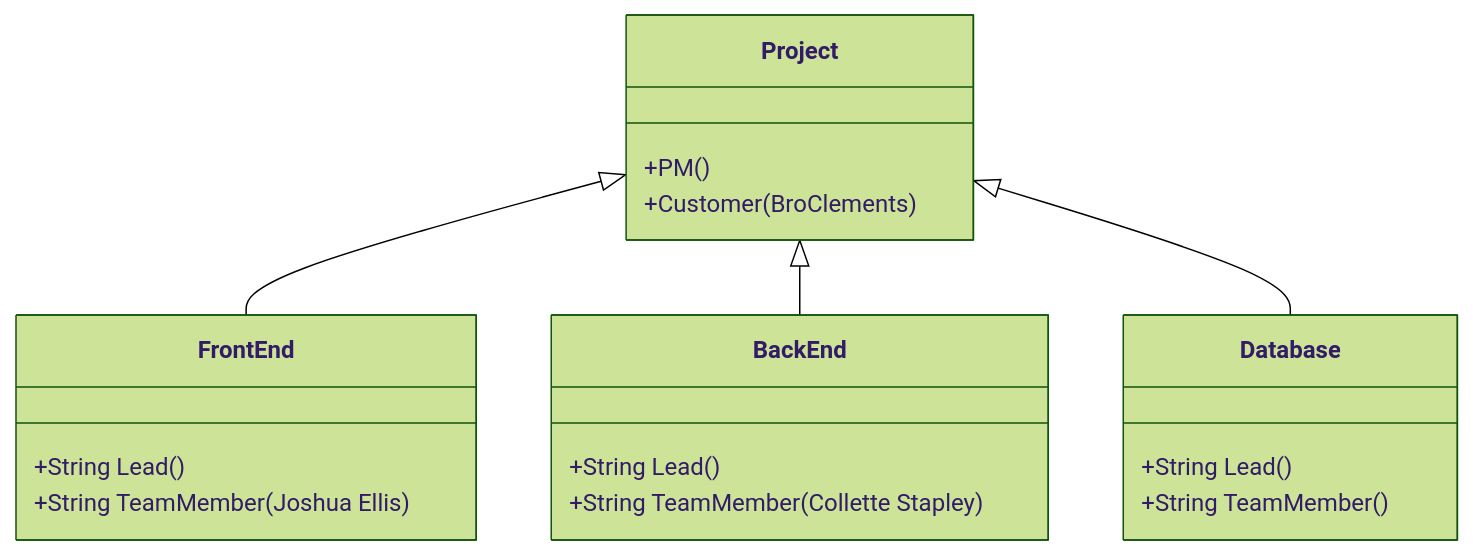
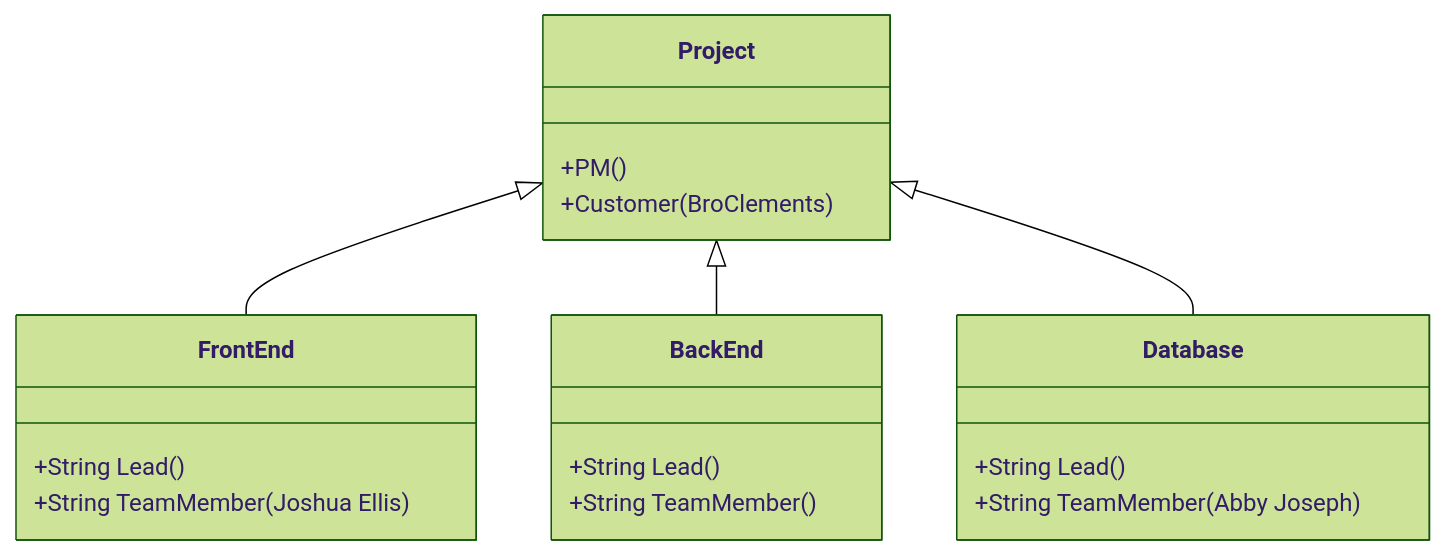
The second of 2 diagrams in project/org/OrganizationChart.md (anrj2/2024SprCSE397PCP), drawn with Mermaid (forest theme) before and after one commit. The commit also changed other lines of this file, not shown here.

````diff
--- a/project/org/OrganizationChart.md
+++ b/project/org/OrganizationChart.md
@@ -26,22 +26,22 @@
 ```mermaid
 classDiagram
       Project <|-- FrontEnd
       Project <|-- BackEnd
       Project <|-- Database
       Project : +PM()
       Project : +Customer(BroClements)
       class FrontEnd{
           +String Lead()
           +String TeamMember(Joshua Ellis)
 
       }
       class BackEnd{
           +String Lead()
-          +String TeamMember(Collette Stapley)
+          +String TeamMember()
 
       }
       class Database{
           +String Lead()
-          +String TeamMember()
+          +String TeamMember(Abby Joseph)
       }
 ```
````
